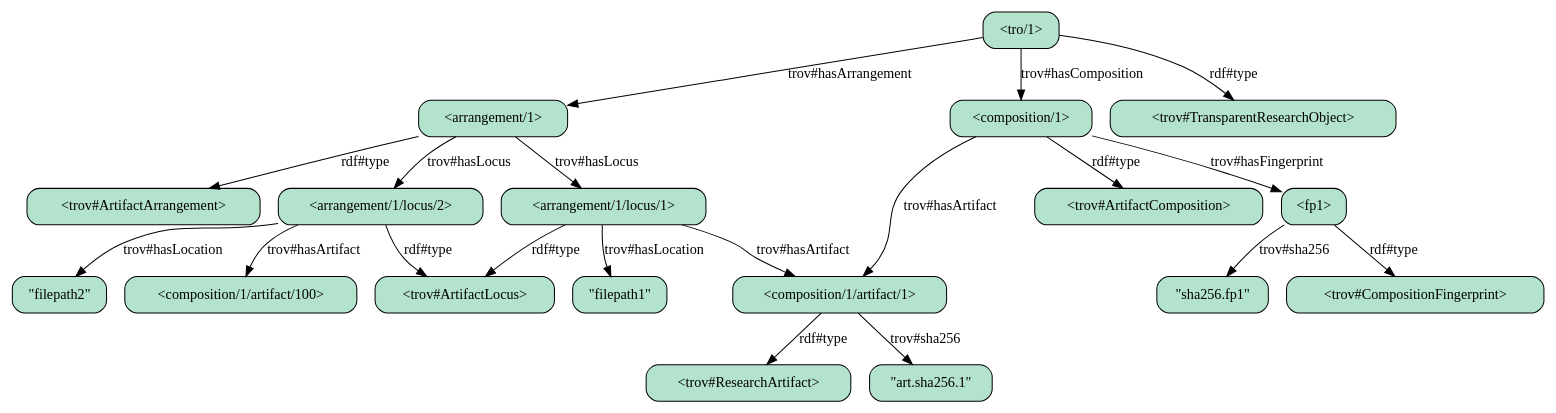
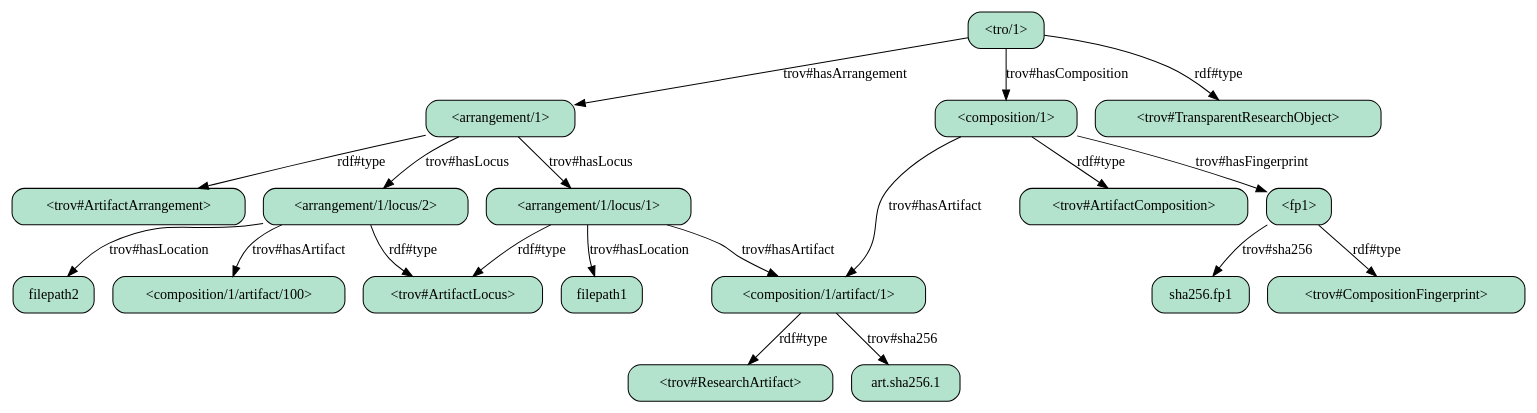
The diagram in demo/02-rdflib-demos/products/kb.gv (CIRSS/geist-p), drawn with Graphviz before and after one commit. The commit also changed 4 other files, not shown here.

```diff
--- a/demo/02-rdflib-demos/products/kb.gv
+++ b/demo/02-rdflib-demos/products/kb.gv
@@ -1,76 +1,76 @@
 strict digraph "" {
 	graph [rankdir=TB];
 	"<arrangement/1>"	[fillcolor="#b3e2cd",
 		shape=box,
 		style="filled, rounded"];
 	"<trov#ArtifactArrangement>"	[fillcolor="#b3e2cd",
 		shape=box,
 		style="filled, rounded"];
 	"<arrangement/1>" -> "<trov#ArtifactArrangement>"	[label=<rdf#type>];
 	"<arrangement/1/locus/1>"	[fillcolor="#b3e2cd",
 		shape=box,
 		style="filled, rounded"];
 	"<arrangement/1>" -> "<arrangement/1/locus/1>"	[label=<trov#hasLocus>];
 	"<arrangement/1/locus/2>"	[fillcolor="#b3e2cd",
 		shape=box,
 		style="filled, rounded"];
 	"<arrangement/1>" -> "<arrangement/1/locus/2>"	[label=<trov#hasLocus>];
 	"<trov#ArtifactLocus>"	[fillcolor="#b3e2cd",
 		shape=box,
 		style="filled, rounded"];
 	"<arrangement/1/locus/1>" -> "<trov#ArtifactLocus>"	[label=<rdf#type>];
 	"<composition/1/artifact/1>"	[fillcolor="#b3e2cd",
 		shape=box,
 		style="filled, rounded"];
 	"<arrangement/1/locus/1>" -> "<composition/1/artifact/1>"	[label=<trov#hasArtifact>];
-	"\"filepath1\""	[fillcolor="#b3e2cd",
+	filepath1	[fillcolor="#b3e2cd",
 		shape=box,
 		style="filled, rounded"];
-	"<arrangement/1/locus/1>" -> "\"filepath1\""	[label=<trov#hasLocation>];
+	"<arrangement/1/locus/1>" -> filepath1	[label=<trov#hasLocation>];
 	"<arrangement/1/locus/2>" -> "<trov#ArtifactLocus>"	[label=<rdf#type>];
 	"<composition/1/artifact/100>"	[fillcolor="#b3e2cd",
 		shape=box,
 		style="filled, rounded"];
 	"<arrangement/1/locus/2>" -> "<composition/1/artifact/100>"	[label=<trov#hasArtifact>];
-	"\"filepath2\""	[fillcolor="#b3e2cd",
+	filepath2	[fillcolor="#b3e2cd",
 		shape=box,
 		style="filled, rounded"];
-	"<arrangement/1/locus/2>" -> "\"filepath2\""	[label=<trov#hasLocation>];
+	"<arrangement/1/locus/2>" -> filepath2	[label=<trov#hasLocation>];
 	"<trov#ResearchArtifact>"	[fillcolor="#b3e2cd",
 		shape=box,
 		style="filled, rounded"];
 	"<composition/1/artifact/1>" -> "<trov#ResearchArtifact>"	[label=<rdf#type>];
-	"\"art.sha256.1\""	[fillcolor="#b3e2cd",
+	"art.sha256.1"	[fillcolor="#b3e2cd",
 		shape=box,
 		style="filled, rounded"];
-	"<composition/1/artifact/1>" -> "\"art.sha256.1\""	[label=<trov#sha256>];
+	"<composition/1/artifact/1>" -> "art.sha256.1"	[label=<trov#sha256>];
 	"<composition/1>"	[fillcolor="#b3e2cd",
 		shape=box,
 		style="filled, rounded"];
 	"<composition/1>" -> "<composition/1/artifact/1>"	[label=<trov#hasArtifact>];
 	"<trov#ArtifactComposition>"	[fillcolor="#b3e2cd",
 		shape=box,
 		style="filled, rounded"];
 	"<composition/1>" -> "<trov#ArtifactComposition>"	[label=<rdf#type>];
 	"<fp1>"	[fillcolor="#b3e2cd",
 		shape=box,
 		style="filled, rounded"];
 	"<composition/1>" -> "<fp1>"	[label=<trov#hasFingerprint>];
 	"<trov#CompositionFingerprint>"	[fillcolor="#b3e2cd",
 		shape=box,
 		style="filled, rounded"];
 	"<fp1>" -> "<trov#CompositionFingerprint>"	[label=<rdf#type>];
-	"\"sha256.fp1\""	[fillcolor="#b3e2cd",
+	"sha256.fp1"	[fillcolor="#b3e2cd",
 		shape=box,
 		style="filled, rounded"];
-	"<fp1>" -> "\"sha256.fp1\""	[label=<trov#sha256>];
+	"<fp1>" -> "sha256.fp1"	[label=<trov#sha256>];
 	"<tro/1>"	[fillcolor="#b3e2cd",
 		shape=box,
 		style="filled, rounded"];
 	"<tro/1>" -> "<arrangement/1>"	[label=<trov#hasArrangement>];
 	"<tro/1>" -> "<composition/1>"	[label=<trov#hasComposition>];
 	"<trov#TransparentResearchObject>"	[fillcolor="#b3e2cd",
 		shape=box,
 		style="filled, rounded"];
 	"<tro/1>" -> "<trov#TransparentResearchObject>"	[label=<rdf#type>];
 }
```
